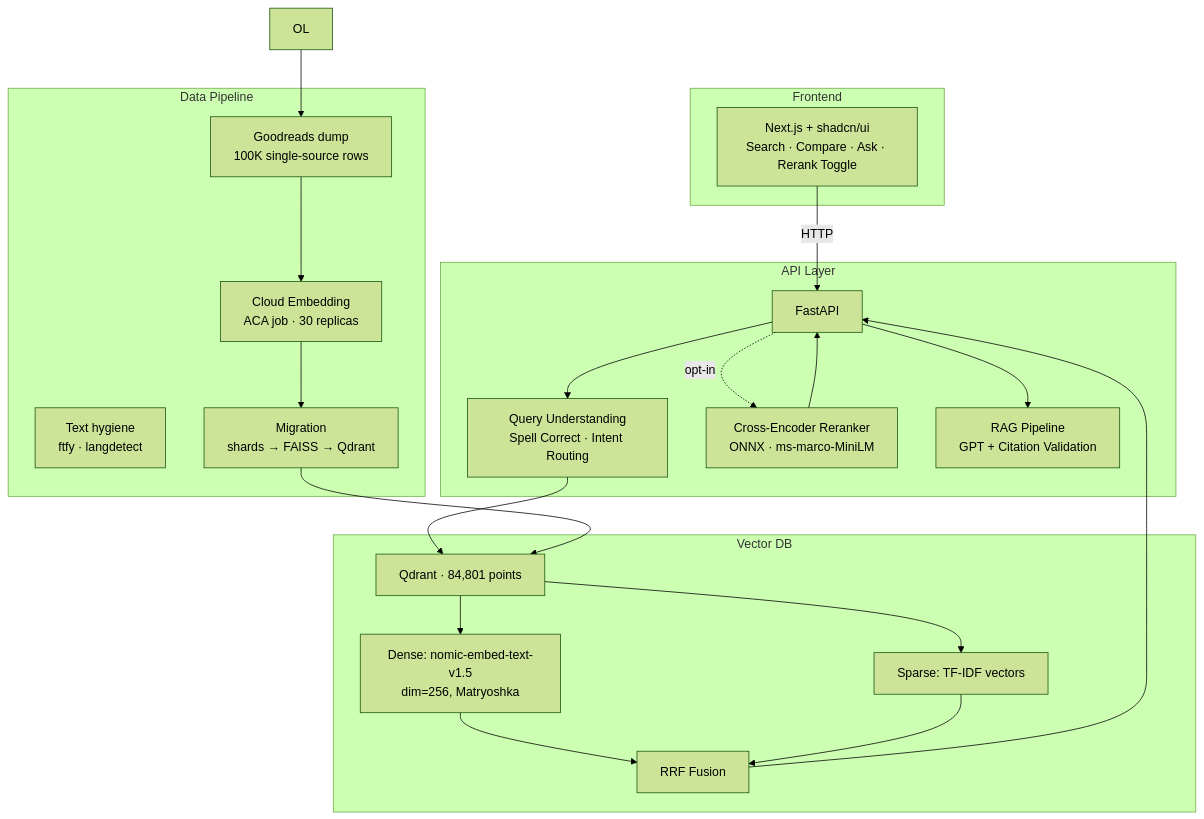
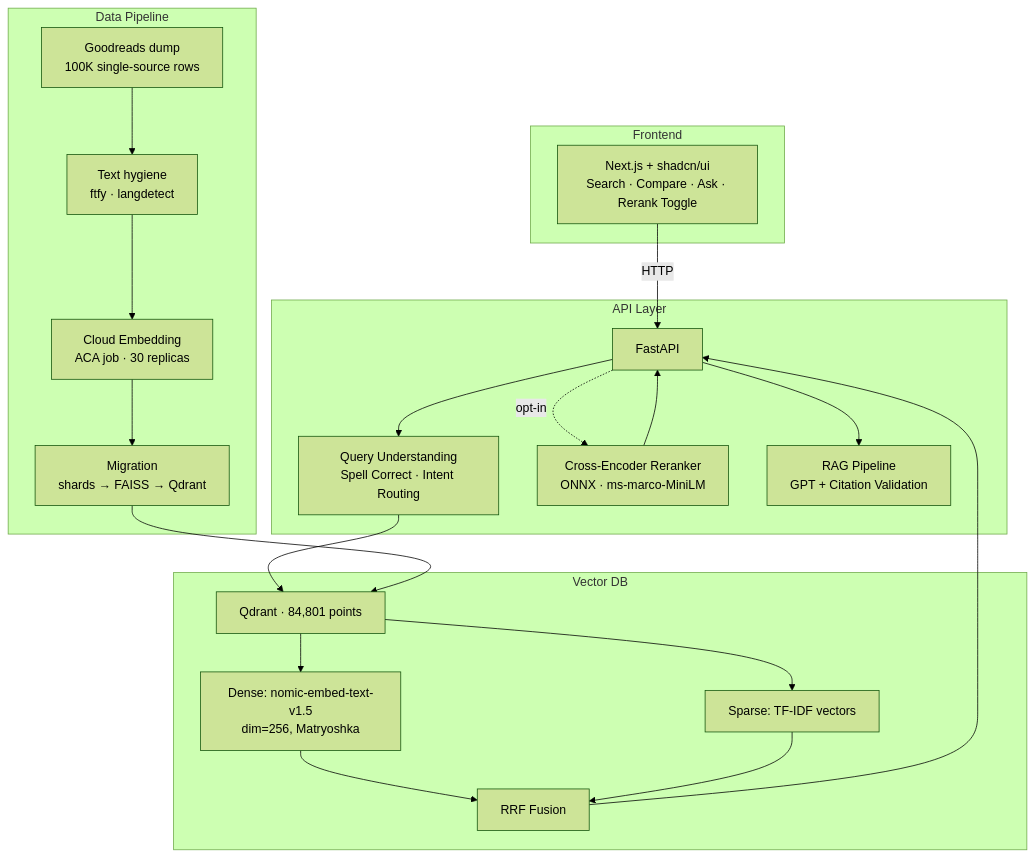
Before and after one commit to TruaShamu/ai-search: the first of 4 diagrams in README.md, drawn with Mermaid (forest theme). The commit also changed other lines of this file, not shown here.

First line of the commit message:
docs: add live demo link, cut duplicated prose, collapse detail diagrams

````diff
--- a/README.md
+++ b/README.md
@@ -11,36 +13,36 @@
 ```mermaid
 graph TD
     subgraph Frontend
         UI[Next.js + shadcn/ui<br/>Search · Compare · Ask · Rerank Toggle]
     end
 
     subgraph API Layer
         FP[FastAPI]
         QU[Query Understanding<br/>Spell Correct · Intent Routing]
         RR[Cross-Encoder Reranker<br/>ONNX · ms-marco-MiniLM]
         RAG[RAG Pipeline<br/>GPT + Citation Validation]
     end
 
     subgraph Vector DB
         QD[Qdrant · 84,801 points]
         DV[Dense: nomic-embed-text-v1.5<br/>dim=256, Matryoshka]
         SV[Sparse: TF-IDF vectors]
         RRF[RRF Fusion]
     end
 
     subgraph Data Pipeline
         GR[Goodreads dump<br/>100K single-source rows]
         HY[Text hygiene<br/>ftfy · langdetect]
         EMB[Cloud Embedding<br/>ACA job · 30 replicas]
         MIG[Migration<br/>shards → FAISS → Qdrant]
     end
 
     UI -->|HTTP| FP
     FP --> QU --> QD
     QD --> DV & SV
     DV & SV --> RRF --> FP
     FP -.->|opt-in| RR --> FP
     FP --> RAG
 
-    OL --> GR --> EMB --> MIG --> QD
+    GR --> HY --> EMB --> MIG --> QD
 ```
````
